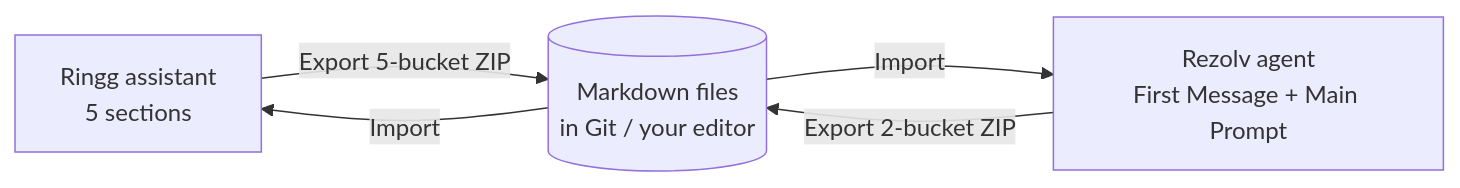
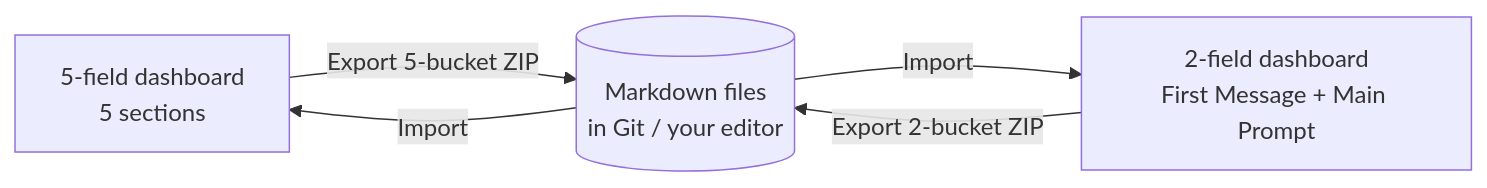
Before and after one commit to rbsavla24/promptport: the first of 2 diagrams in README.md, drawn with Mermaid. The commit also changed other lines of this file and 14 other files, not shown here.

````diff
--- a/README.md
+++ b/README.md
@@ -82,7 +82,7 @@
 ```mermaid
 flowchart LR
-    A[Ringg assistant<br/>5 sections] -- Export 5-bucket ZIP --> M[(Markdown files<br/>in Git / your editor)]
-    M -- Import --> B[Rezolv agent<br/>First Message + Main Prompt]
+    A[5-field dashboard<br/>5 sections] -- Export 5-bucket ZIP --> M[(Markdown files<br/>in Git / your editor)]
+    M -- Import --> B[2-field dashboard<br/>First Message + Main Prompt]
     B -- Export 2-bucket ZIP --> M
     M -- Import --> A
 ```
````
